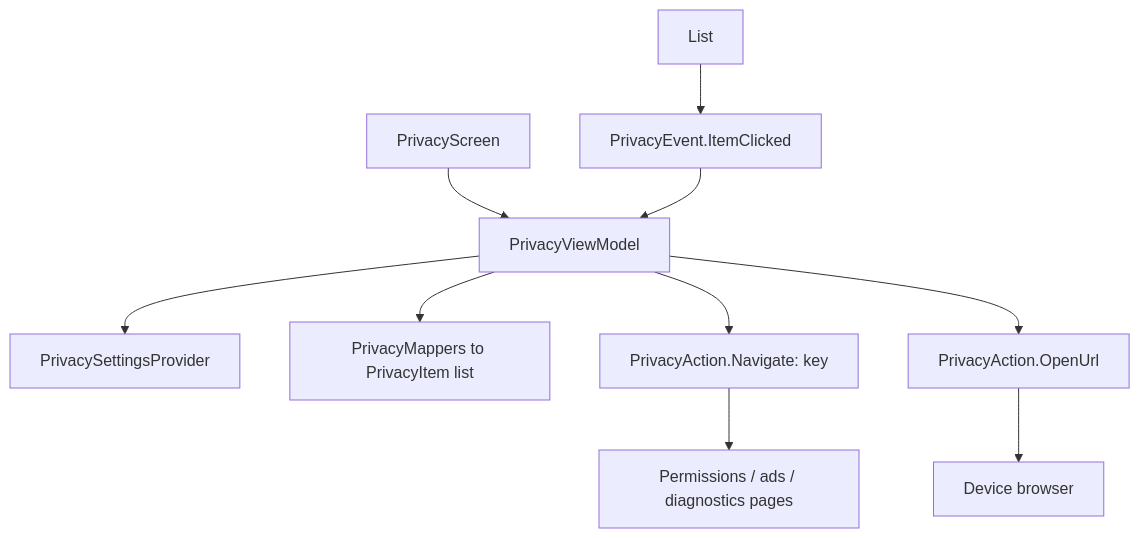
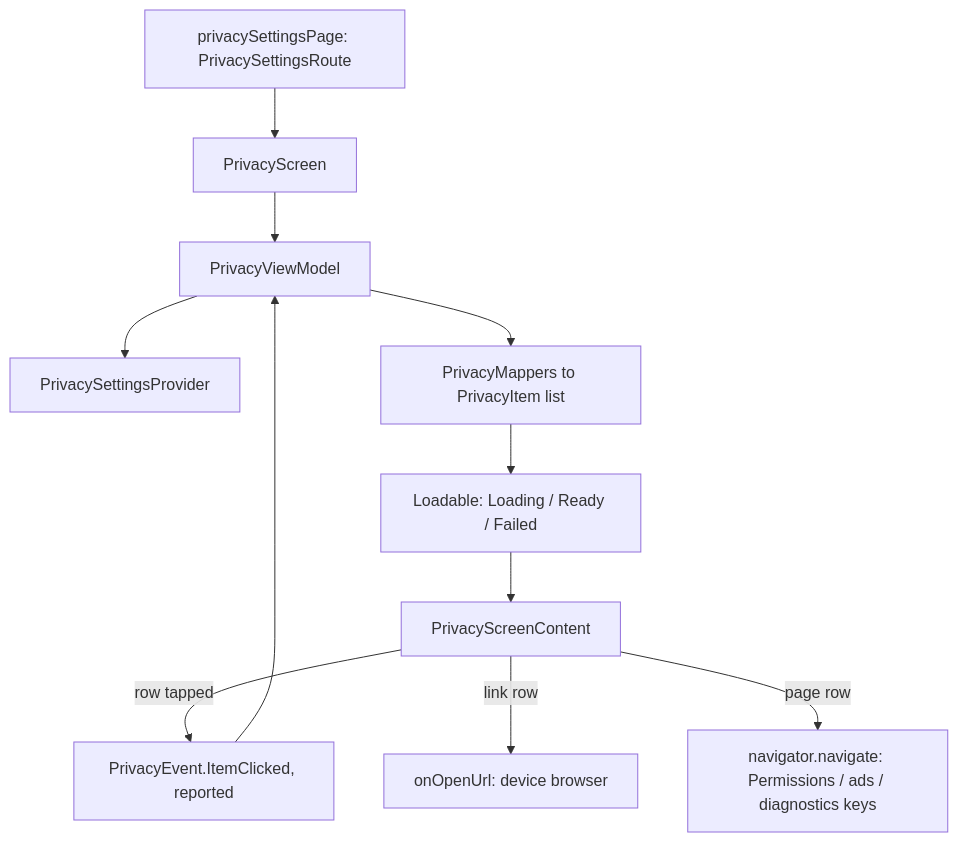
One commit to MihaiCristianCondrea/App-Toolkit-for-Android changed the diagram in library/feature/privacy/README.md. Above: the diagram before and after it, drawn with Mermaid. The commit also changed other lines of this file and 157 other files, not shown here.

````diff
--- a/library/feature/privacy/README.md
+++ b/library/feature/privacy/README.md
@@ -44,12 +46,13 @@
 ```mermaid
 flowchart TD
-    Screen[PrivacyScreen] --> VM[PrivacyViewModel]
+    Page[privacySettingsPage: PrivacySettingsRoute] --> Screen[PrivacyScreen]
+    Screen --> VM[PrivacyViewModel]
     VM --> Provider[PrivacySettingsProvider]
     VM --> Mapper[PrivacyMappers to PrivacyItem list]
-    List --> Click[PrivacyEvent.ItemClicked]
+    Mapper --> State[Loadable: Loading / Ready / Failed]
+    State --> Content[PrivacyScreenContent]
+    Content -->|row tapped| Click[PrivacyEvent.ItemClicked, reported]
     Click --> VM
-    VM --> Navigate[PrivacyAction.Navigate: key]
-    Navigate --> Pages[Permissions / ads / diagnostics pages]
-    VM --> OpenUrl[PrivacyAction.OpenUrl]
-    OpenUrl --> Browser[Device browser]
+    Content -->|link row| OpenUrl[onOpenUrl: device browser]
+    Content -->|page row| Navigate[navigator.navigate: Permissions / ads / diagnostics keys]
 ```
````
